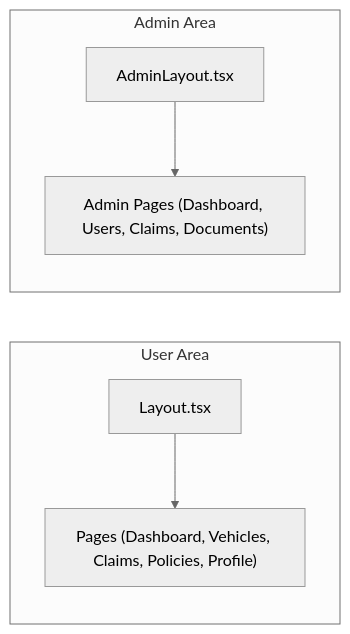
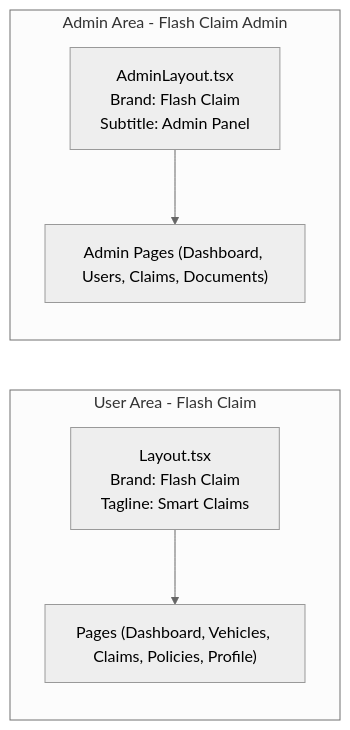
Before and after one commit to NaveenHiranya/Smart-Vehicle-Insurance-Claim-System: the fifth of 11 diagrams in .qoder/repowiki/en/content/Frontend Documentation/Frontend Documentation.md, drawn with Mermaid (neutral theme). The commit also changed other lines of this file and 7 other files, not shown here.

````diff
--- a/.qoder/repowiki/en/content/Frontend Documentation/Frontend Documentation.md
+++ b/.qoder/repowiki/en/content/Frontend Documentation/Frontend Documentation.md
@@ -219,13 +223,13 @@
 ```mermaid
 graph LR
-subgraph "User Area"
-UL["Layout.tsx"]
+subgraph "User Area - Flash Claim"
+UL["Layout.tsx<br/>Brand: Flash Claim<br/>Tagline: Smart Claims"]
 LP["Pages (Dashboard, Vehicles, Claims, Policies, Profile)"]
 end
-subgraph "Admin Area"
-AL["AdminLayout.tsx"]
+subgraph "Admin Area - Flash Claim Admin"
+AL["AdminLayout.tsx<br/>Brand: Flash Claim<br/>Subtitle: Admin Panel"]
 AP["Admin Pages (Dashboard, Users, Claims, Documents)"]
 end
 UL --> LP
 AL --> AP
 ```
````
